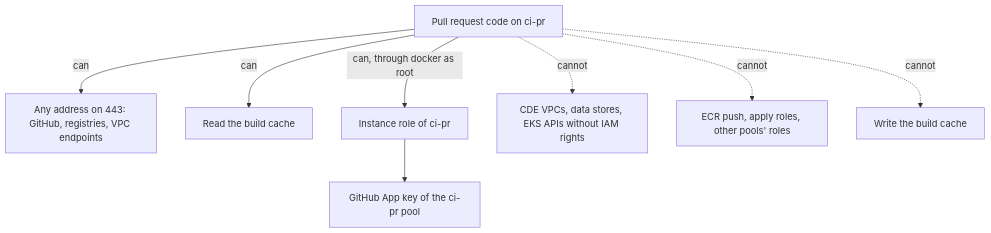
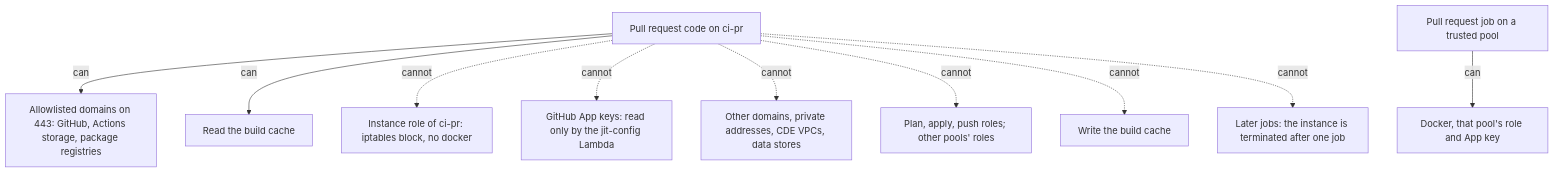
One commit to whoisqen/payments-platform changed the second of 2 diagrams in docs/security/threat-model.md. Above: the diagram before and after it, drawn with Mermaid. The commit also changed other lines of this file and 52 other files, not shown here.

First line of the commit message:
fix(infra): isolate pull-request runners and filter CI egress

````diff
--- a/docs/security/threat-model.md
+++ b/docs/security/threat-model.md
@@ -73,10 +80,12 @@
 ```mermaid
 flowchart TB
-  PRCODE["Pull request code on ci-pr"] -->|"can"| NET443["Any address on 443: GitHub, registries, VPC endpoints"]
+  PRCODE["Pull request code on ci-pr"] -->|"can"| ALLOW["Allowlisted domains on 443: GitHub, Actions storage, package registries"]
   PRCODE -->|"can"| CACHE["Read the build cache"]
-  PRCODE -->|"can, through docker as root"| IMDS["Instance role of ci-pr"]
-  IMDS --> APPKEY["GitHub App key of the ci-pr pool"]
-  PRCODE -.->|"cannot"| CDE["CDE VPCs, data stores, EKS APIs without IAM rights"]
-  PRCODE -.->|"cannot"| PUSH["ECR push, apply roles, other pools' roles"]
+  PRCODE -.->|"cannot"| IMDS["Instance role of ci-pr: iptables block, no docker"]
+  PRCODE -.->|"cannot"| APPKEY["GitHub App keys: read only by the jit-config Lambda"]
+  PRCODE -.->|"cannot"| NET["Other domains, private addresses, CDE VPCs, data stores"]
+  PRCODE -.->|"cannot"| ROLES["Plan, apply, push roles; other pools' roles"]
   PRCODE -.->|"cannot"| CACHEW["Write the build cache"]
+  PRCODE -.->|"cannot"| NEXT["Later jobs: the instance is terminated after one job"]
+  LABEL["Pull request job on a trusted pool"] -->|"can"| TRUSTED["Docker, that pool's role and App key"]
 ```
````
